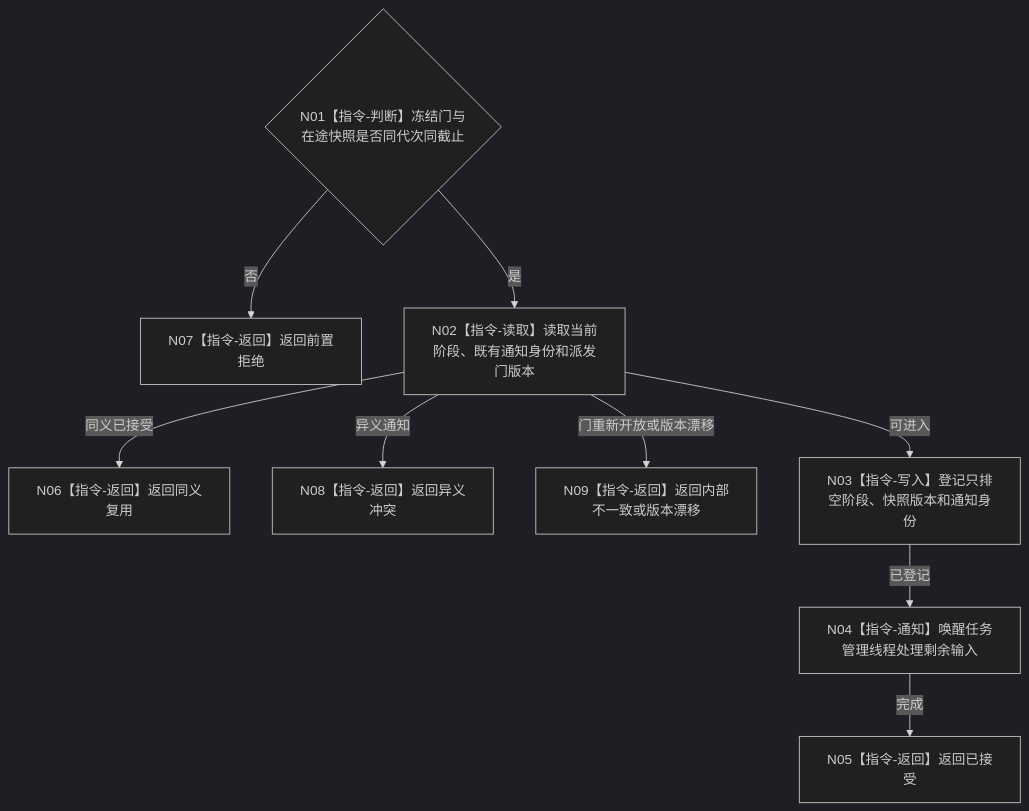
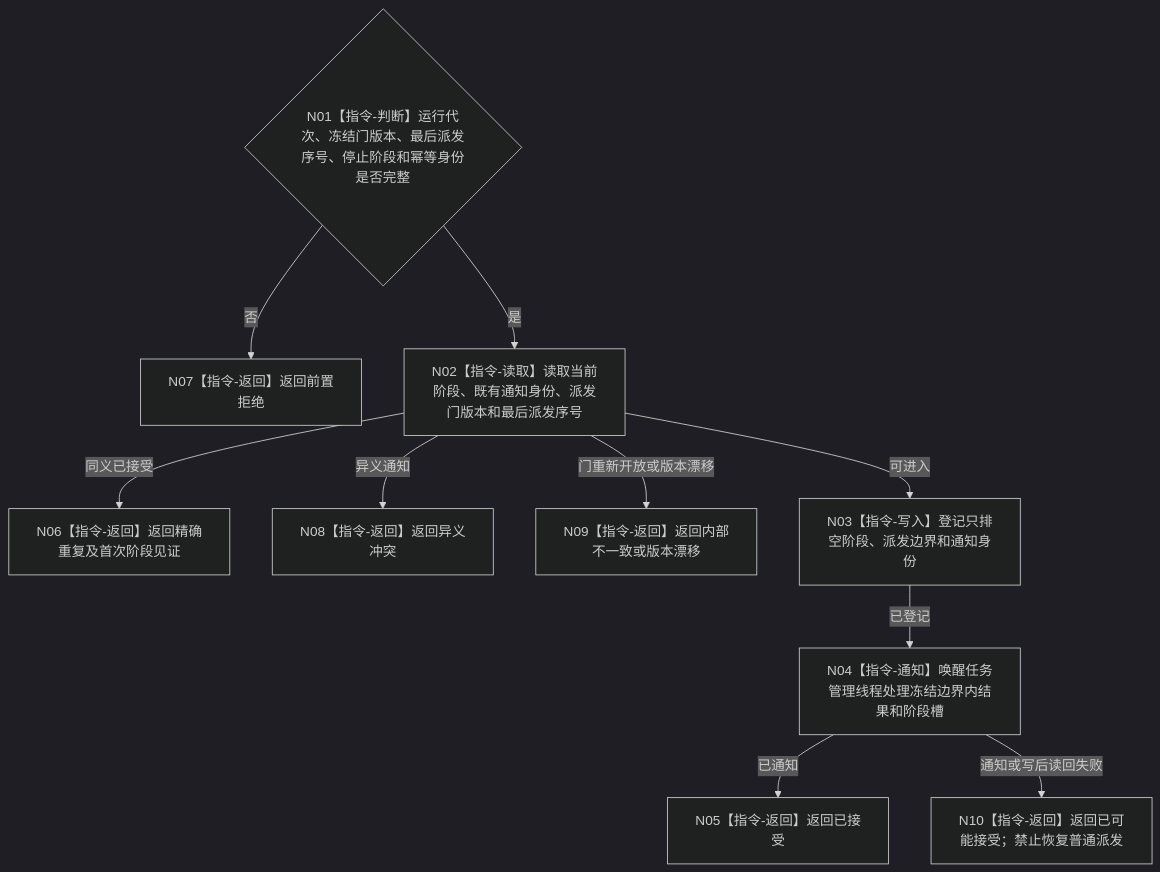
The diagram in 流程图/目标业务流程图/L3/BIZ-L3-001-12-03_通知任务管理进入只排空阶段_目标函数流程图_v0.1.md (chunhaizh-cyber/HY-Ego), drawn with Mermaid (dark theme) before and after one commit. The commit also changed other lines of this file and 16 other files, not shown here.

````diff
--- a/流程图/目标业务流程图/L3/BIZ-L3-001-12-03_通知任务管理进入只排空阶段_目标函数流程图_v0.1.md
+++ b/流程图/目标业务流程图/L3/BIZ-L3-001-12-03_通知任务管理进入只排空阶段_目标函数流程图_v0.1.md
@@ -30,11 +30,12 @@
 ```mermaid
 flowchart TD
-    N01{"N01【指令-判断】冻结门与在途快照是否同代次同截止"} -->|否| N07["N07【指令-返回】返回前置拒绝"]
-    N01 -->|是| N02["N02【指令-读取】读取当前阶段、既有通知身份和派发门版本"]
-    N02 -->|同义已接受| N06["N06【指令-返回】返回同义复用"]
+    N01{"N01【指令-判断】运行代次、冻结门版本、最后派发序号、停止阶段和幂等身份是否完整"} -->|否| N07["N07【指令-返回】返回前置拒绝"]
+    N01 -->|是| N02["N02【指令-读取】读取当前阶段、既有通知身份、派发门版本和最后派发序号"]
+    N02 -->|同义已接受| N06["N06【指令-返回】返回精确重复及首次阶段见证"]
     N02 -->|异义通知| N08["N08【指令-返回】返回异义冲突"]
     N02 -->|门重新开放或版本漂移| N09["N09【指令-返回】返回内部不一致或版本漂移"]
-    N02 -->|可进入| N03["N03【指令-写入】登记只排空阶段、快照版本和通知身份"]
-    N03 -->|已登记| N04["N04【指令-通知】唤醒任务管理线程处理剩余输入"]
-    N04 -->|完成| N05["N05【指令-返回】返回已接受"]
+    N02 -->|可进入| N03["N03【指令-写入】登记只排空阶段、派发边界和通知身份"]
+    N03 -->|已登记| N04["N04【指令-通知】唤醒任务管理线程处理冻结边界内结果和阶段槽"]
+    N04 -->|已通知| N05["N05【指令-返回】返回已接受"]
+    N04 -->|通知或写后读回失败| N10["N10【指令-返回】返回已可能接受；禁止恢复普通派发"]
 ```
````
